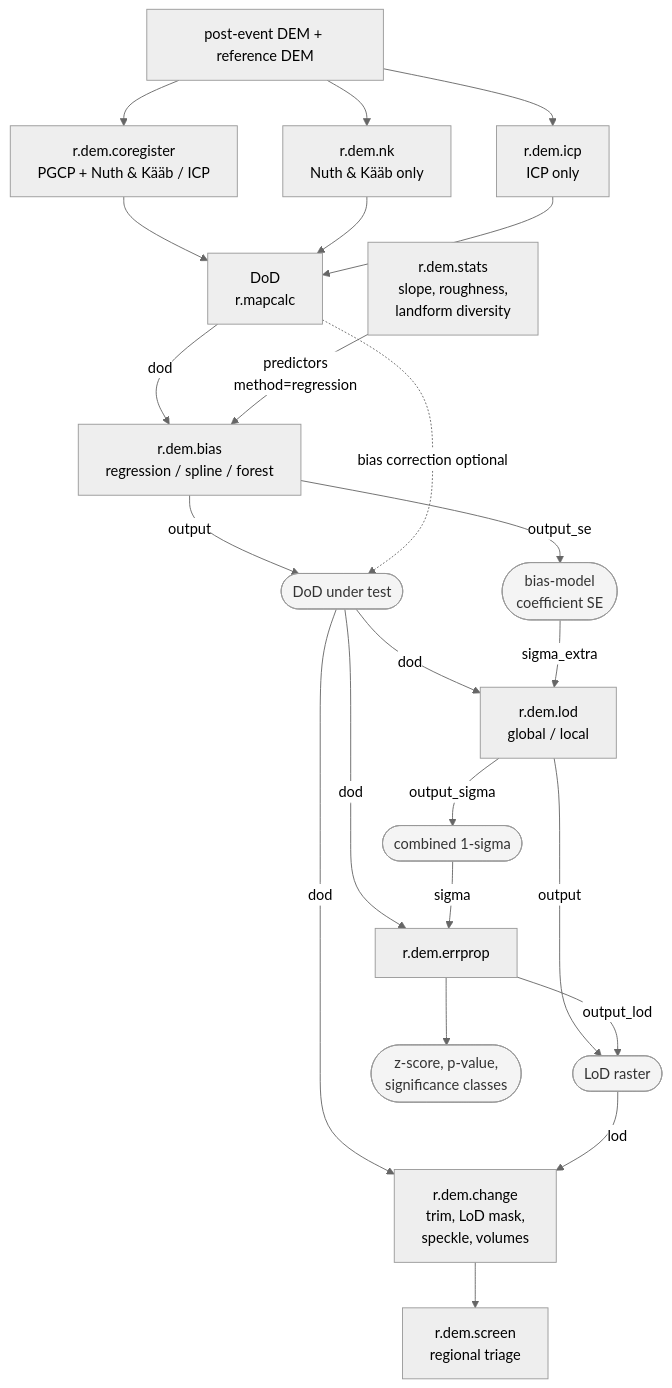
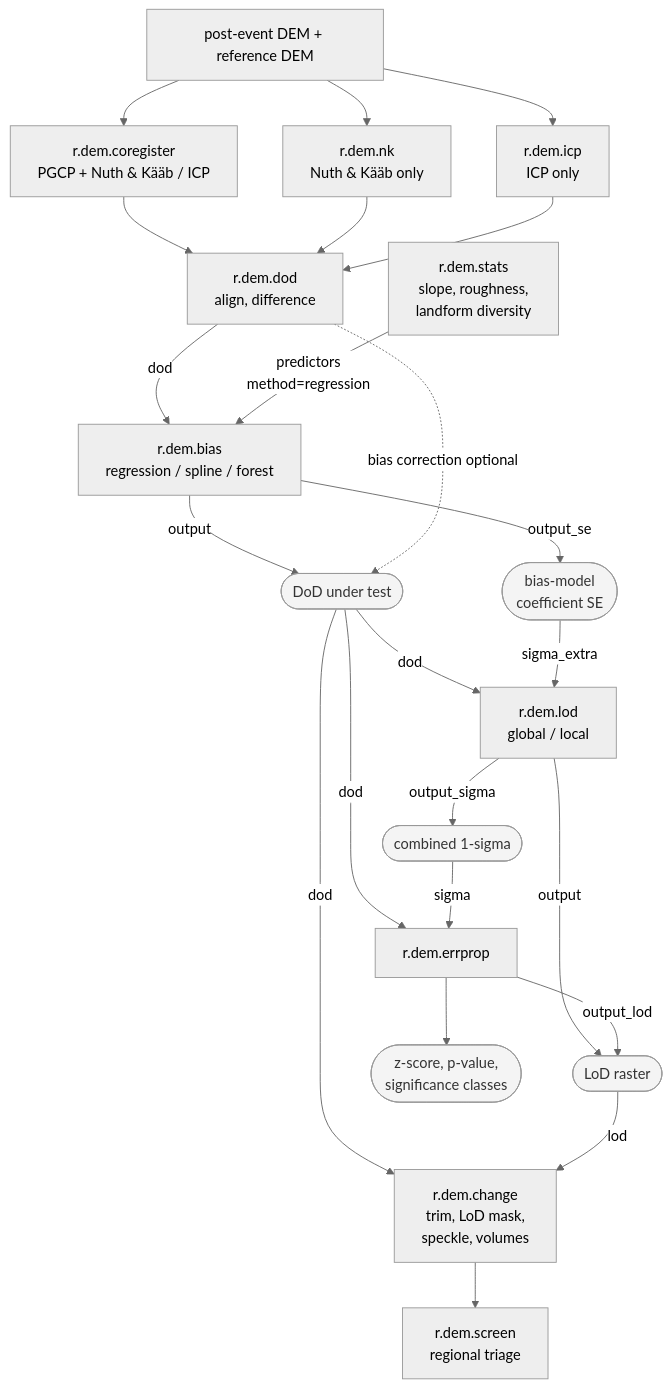
Before and after one commit to OSGeo/grass-addons: the diagram in src/raster/r.dem/r_dem_workflow.mmd, drawn with Mermaid (neutral theme). The commit also changed 12 other files, not shown here.

First line of the commit message:
r.dem.dod: Add DEM of Difference tool (#1889)

```diff
--- a/src/raster/r.dem/r_dem_workflow.mmd
+++ b/src/raster/r.dem/r_dem_workflow.mmd
@@ -1,34 +1,34 @@
 flowchart TD
     SRC["post-event DEM + reference DEM"]
     SRC --> CR["r.dem.coregister<br/>PGCP + Nuth &amp; Kääb / ICP"]
     SRC --> NK["r.dem.nk<br/>Nuth &amp; Kääb only"]
     SRC --> ICP["r.dem.icp<br/>ICP only"]
 
-    CR --> DOD["DoD<br/>r.mapcalc"]
+    CR --> DOD["r.dem.dod<br/>align, difference"]
     NK --> DOD
     ICP --> DOD
 
     STATS["r.dem.stats<br/>slope, roughness,<br/>landform diversity"]
     DOD -->|dod| BIAS["r.dem.bias<br/>regression / spline / forest"]
     STATS -->|"predictors<br/>method=regression"| BIAS
 
     BIAS -->|output| CDOD(["DoD under test"])
     BIAS -->|output_se| SE(["bias-model<br/>coefficient SE"])
     DOD -.->|bias correction optional| CDOD
 
     CDOD -->|dod| LOD["r.dem.lod<br/>global / local"]
     SE -->|sigma_extra| LOD
     LOD -->|output| LODR(["LoD raster"])
     LOD -->|output_sigma| SIGMA(["combined 1-sigma"])
 
     CDOD -->|dod| EP["r.dem.errprop"]
     SIGMA -->|sigma| EP
     EP -->|output_lod| LODR
     EP --> CLASS(["z-score, p-value,<br/>significance classes"])
 
     CDOD -->|dod| CH["r.dem.change<br/>trim, LoD mask,<br/>speckle, volumes"]
     LODR -->|lod| CH
     CH --> SC["r.dem.screen<br/>regional triage"]
 
     classDef data fill:#f4f4f4,stroke:#999,color:#333
     class CDOD,SE,LODR,SIGMA,CLASS data
```
